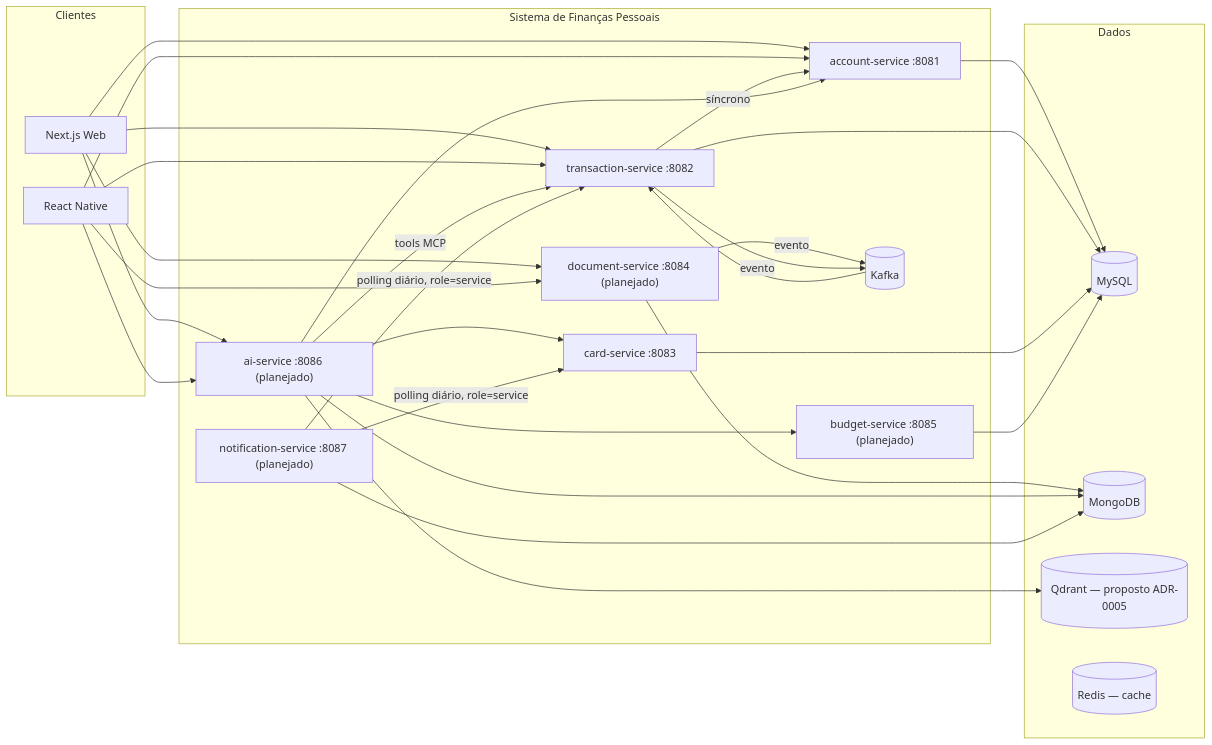
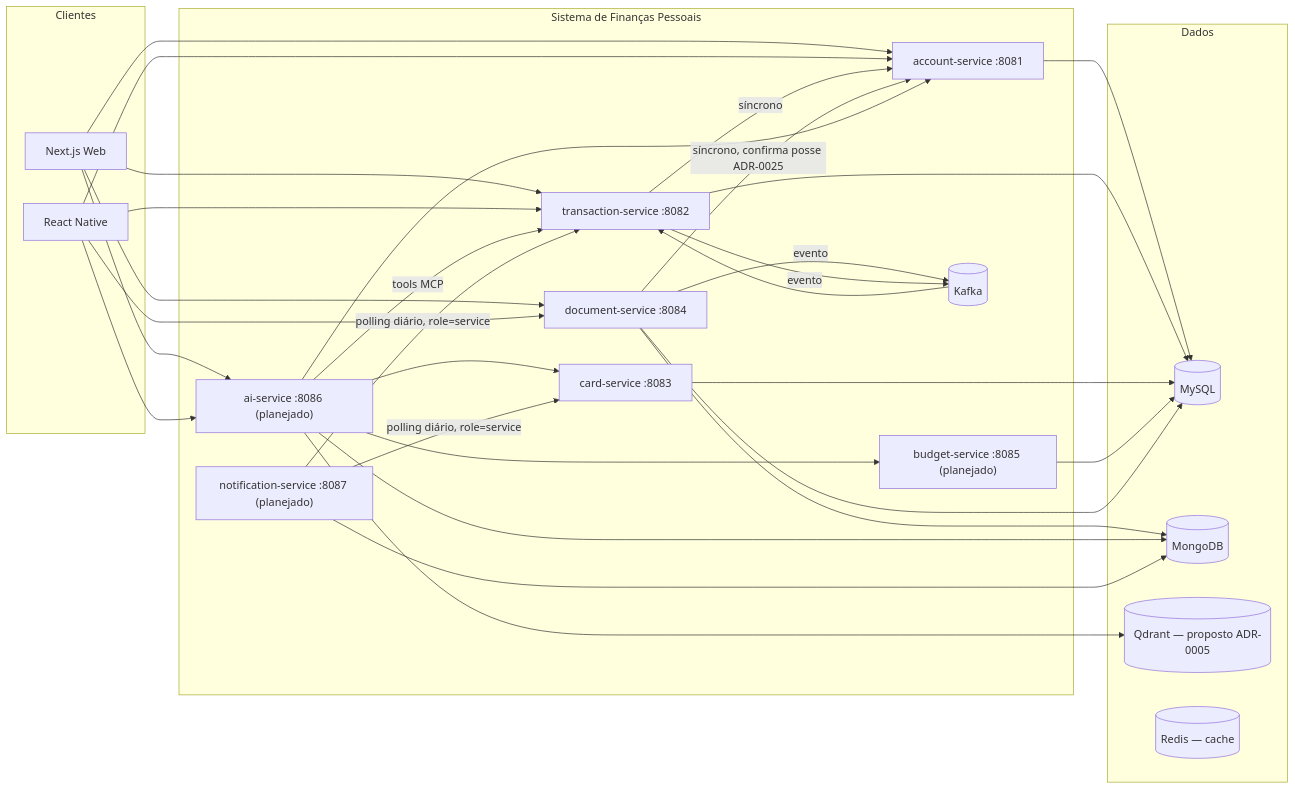
One commit to wep1980/wepdev-financas changed the second of 12 diagrams in docs/architecture/diagrams.md. Above: the diagram before and after it, drawn with Mermaid. The commit also changed other lines of this file and 116 other files, not shown here.

````diff
--- a/docs/architecture/diagrams.md
+++ b/docs/architecture/diagrams.md
@@ -36,54 +36,56 @@
 ```mermaid
 graph LR
     subgraph Clientes
         Web[Next.js Web]
         Mobile[React Native]
     end
 
     subgraph "Sistema de Finanças Pessoais"
         AccountSvc["account-service :8081"]
         TxSvc["transaction-service :8082"]
         CardSvc["card-service :8083"]
-        DocSvc["document-service :8084 (planejado)"]
+        DocSvc["document-service :8084"]
         BudgetSvc["budget-service :8085 (planejado)"]
         AiSvc["ai-service :8086 (planejado)"]
         NotifSvc["notification-service :8087 (planejado)"]
         Kafka[("Kafka")]
     end
 
     subgraph Dados
         MySQL[("MySQL")]
         Mongo[("MongoDB")]
         Qdrant[("Qdrant — proposto ADR-0005")]
         Redis[("Redis — cache")]
     end
 
     Web --> AccountSvc
     Web --> TxSvc
     Web --> AiSvc
     Web --> DocSvc
     Mobile --> AccountSvc
     Mobile --> TxSvc
     Mobile --> AiSvc
     Mobile --> DocSvc
 
     TxSvc -->|síncrono| AccountSvc
+    DocSvc -->|síncrono, confirma posse ADR-0025| AccountSvc
     DocSvc -->|evento| Kafka
     Kafka --> TxSvc
     TxSvc -->|evento| Kafka
     AiSvc -->|tools MCP| TxSvc
     AiSvc --> BudgetSvc
     AiSvc --> AccountSvc
     AiSvc --> CardSvc
     NotifSvc -->|polling diário, role=service| TxSvc
     NotifSvc -->|polling diário, role=service| CardSvc
 
     AccountSvc --> MySQL
     TxSvc --> MySQL
     CardSvc --> MySQL
     BudgetSvc --> MySQL
+    DocSvc --> MySQL
     DocSvc --> Mongo
     AiSvc --> Qdrant
     AiSvc --> Mongo
     NotifSvc --> Mongo
 ```
````
